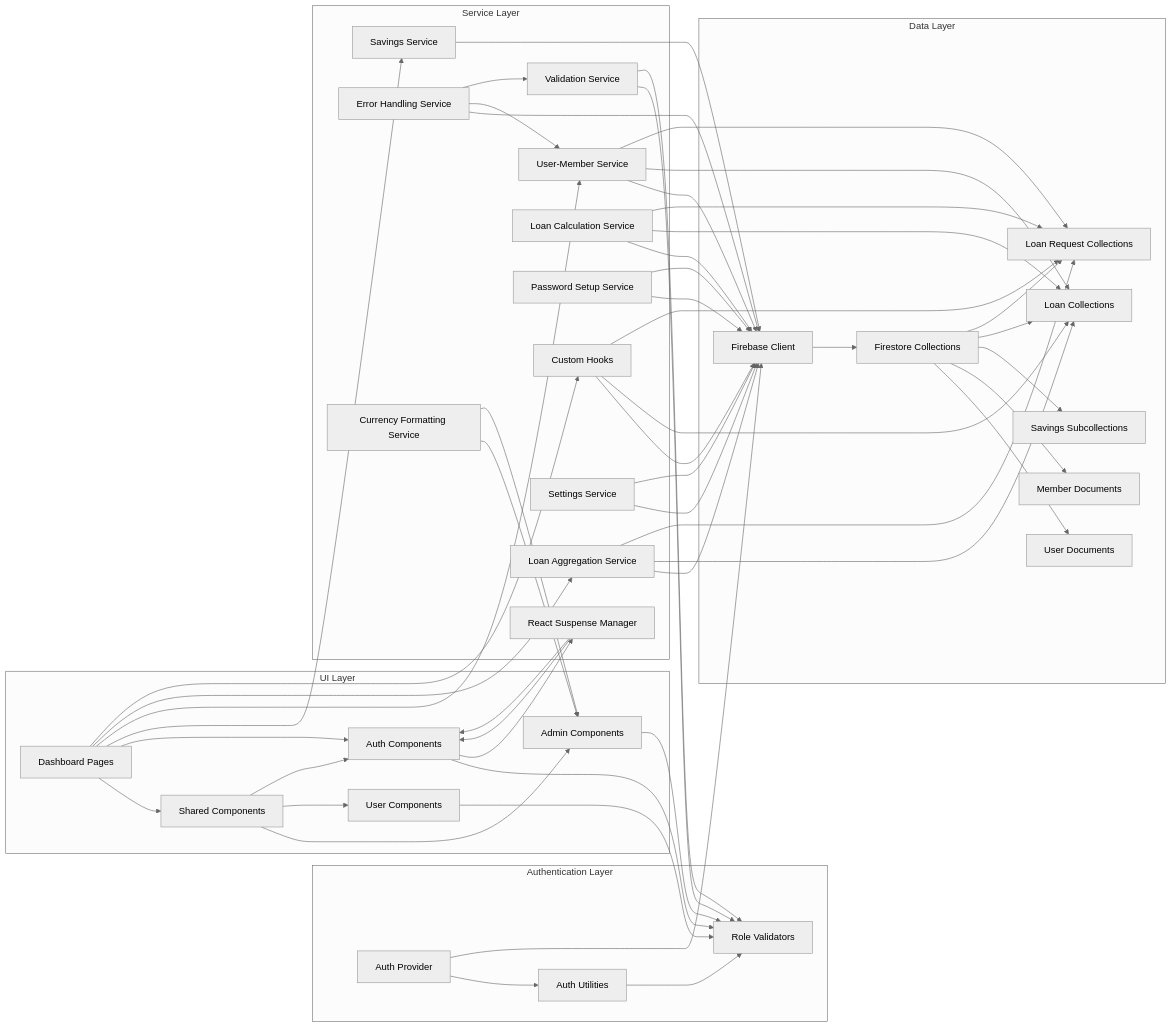
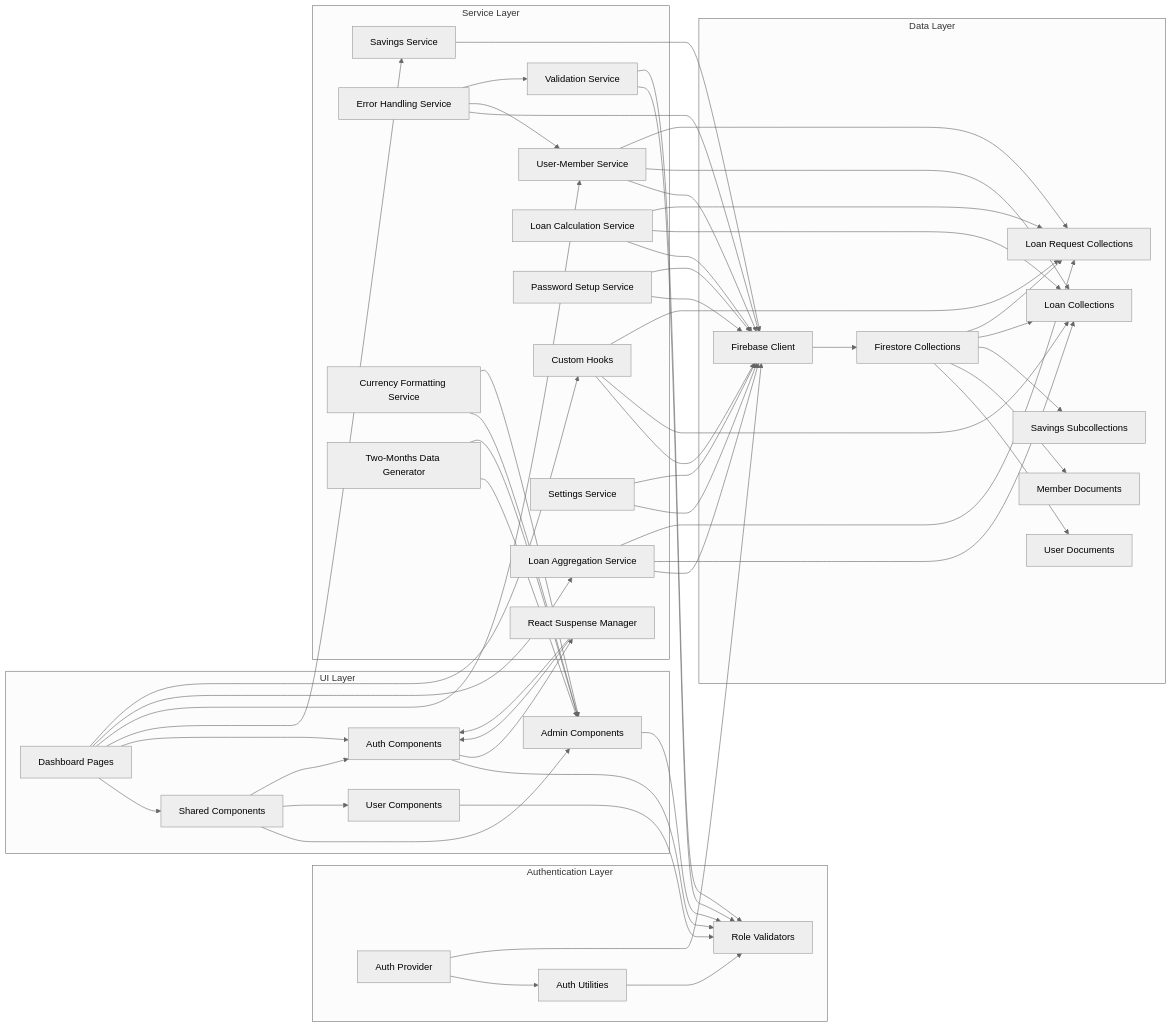
Diagram 18 of 18 in .qoder/repowiki/en/content/Dashboard System.md (Unsure-bry/sampacoop_system), drawn with Mermaid (neutral theme) before and after one commit. The commit also changed other lines of this file and 11 other files, not shown here.

````diff
--- a/.qoder/repowiki/en/content/Dashboard System.md
+++ b/.qoder/repowiki/en/content/Dashboard System.md
@@ -712,59 +823,61 @@
 ```mermaid
 graph LR
 subgraph "Authentication Layer"
 A[Auth Provider] --> B[Auth Utilities]
 B --> C[Role Validators]
 end
 subgraph "Data Layer"
 D[Firebase Client] --> E[Firestore Collections]
 E --> F[User Documents]
 E --> G[Member Documents]
 E --> H[Savings Subcollections]
 E --> I[Loan Collections]
 E --> J[Loan Request Collections]
 end
 subgraph "UI Layer"
 K[Dashboard Pages] --> L[Shared Components]
 L --> M[Admin Components]
 L --> N[User Components]
 L --> O[Auth Components]
 end
 subgraph "Service Layer"
 P[Savings Service] --> D
 Q[User-Member Service] --> D
 R[Loan Aggregation Service] --> D
 S[Custom Hooks] --> D
 T[Validation Service] --> C
 U[Loan Calculation Service] --> D
 V[Error Handling Service] --> D
 W[Password Setup Service] --> D
 X[React Suspense Manager] --> O
 Y[Settings Service] --> D
 Z[Currency Formatting Service] --> M
+AA[Two-Months Data Generator] --> M
 end
 A --> D
 K --> O
 K --> P
 K --> Q
 K --> R
 K --> S
 M --> C
 N --> C
 O --> C
 O --> X
 Q --> I
 Q --> J
 R --> I
 R --> J
 S --> I
 S --> J
 T --> C
 U --> I
 U --> J
 V --> Q
 V --> T
 W --> D
 X --> O
 Y --> D
 Z --> M
+AA --> M
 ```
````
